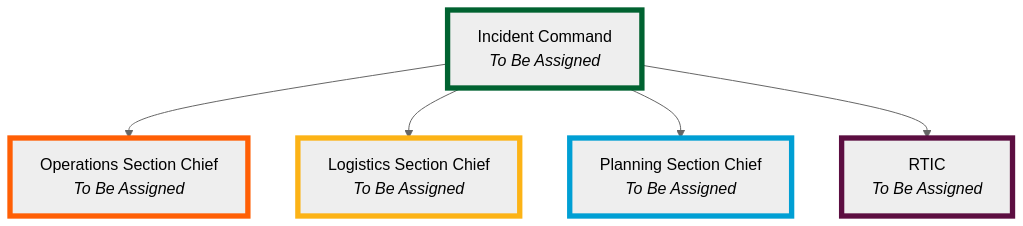
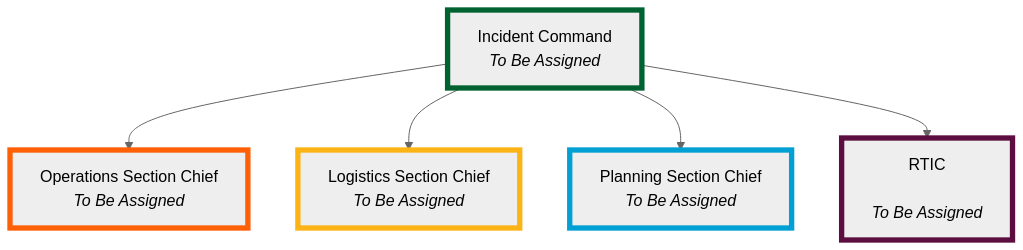
The diagram in data/md/template/ics/ics-207.md (jasonheimbaugh/EMMA), drawn with Mermaid (neutral theme) before and after one commit. The commit also changed 1 other file, not shown here.

Commit message:
ICS 207: equal box sizes

````diff
--- a/data/md/template/ics/ics-207.md
+++ b/data/md/template/ics/ics-207.md
@@ -3,30 +3,31 @@
 ```mermaid
 flowchart TB
     ic["`Incident Command
     *To Be Assigned*`"]
     ops["`Operations Section Chief
     *To Be Assigned*`"]
     log["`Logistics Section Chief
     *To Be Assigned*`"]
     plan["`Planning Section Chief
     *To Be Assigned*`"]
     rtic["`RTIC
+    &nbsp;
     *To Be Assigned*`"]
 
     ic --> ops
     ic --> log
     ic --> plan
     ic --> rtic
 
     classDef prairie stroke:#006230,stroke-width:4pt
     classDef orange stroke:#ff5f05,stroke-width:4pt
     classDef harvest stroke:#fcb316,stroke-width:4pt
     classDef arches stroke:#009fd4,stroke-width:4pt
     classDef berry stroke:#5c0e41,stroke-width:4pt
 
     class ic prairie
     class ops orange
     class log harvest
     class plan arches
     class rtic berry
 ```
````
